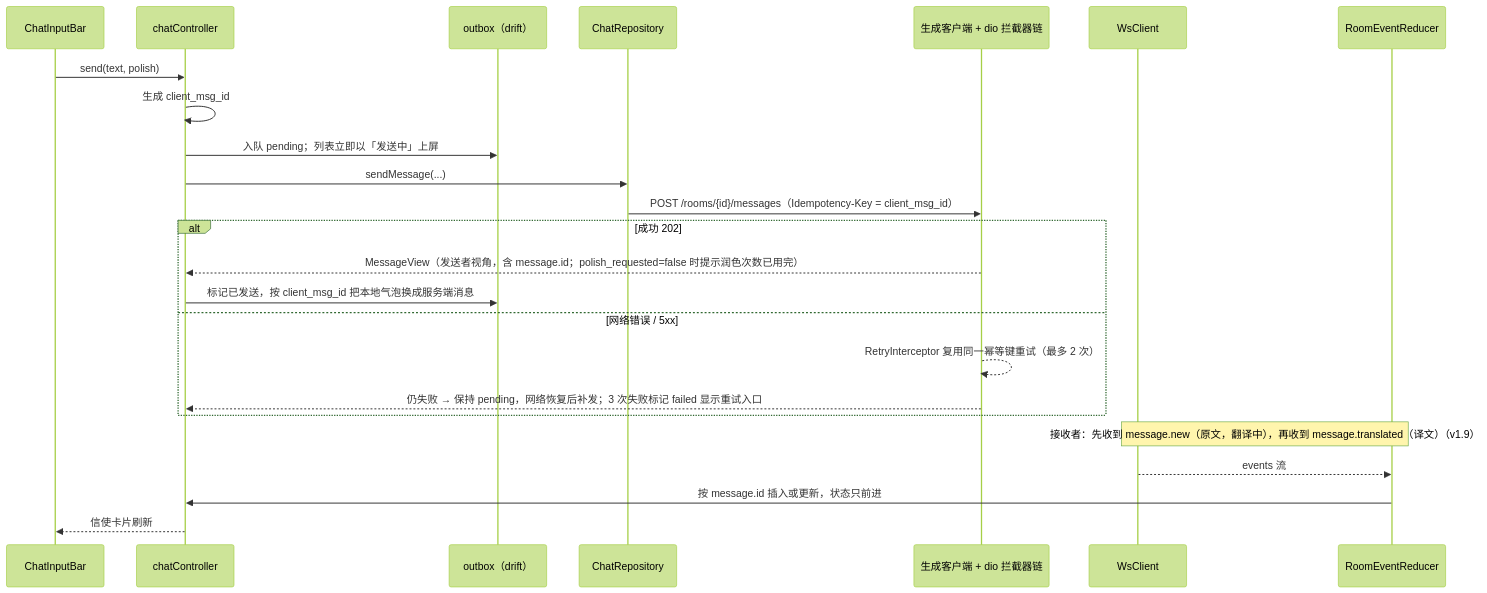
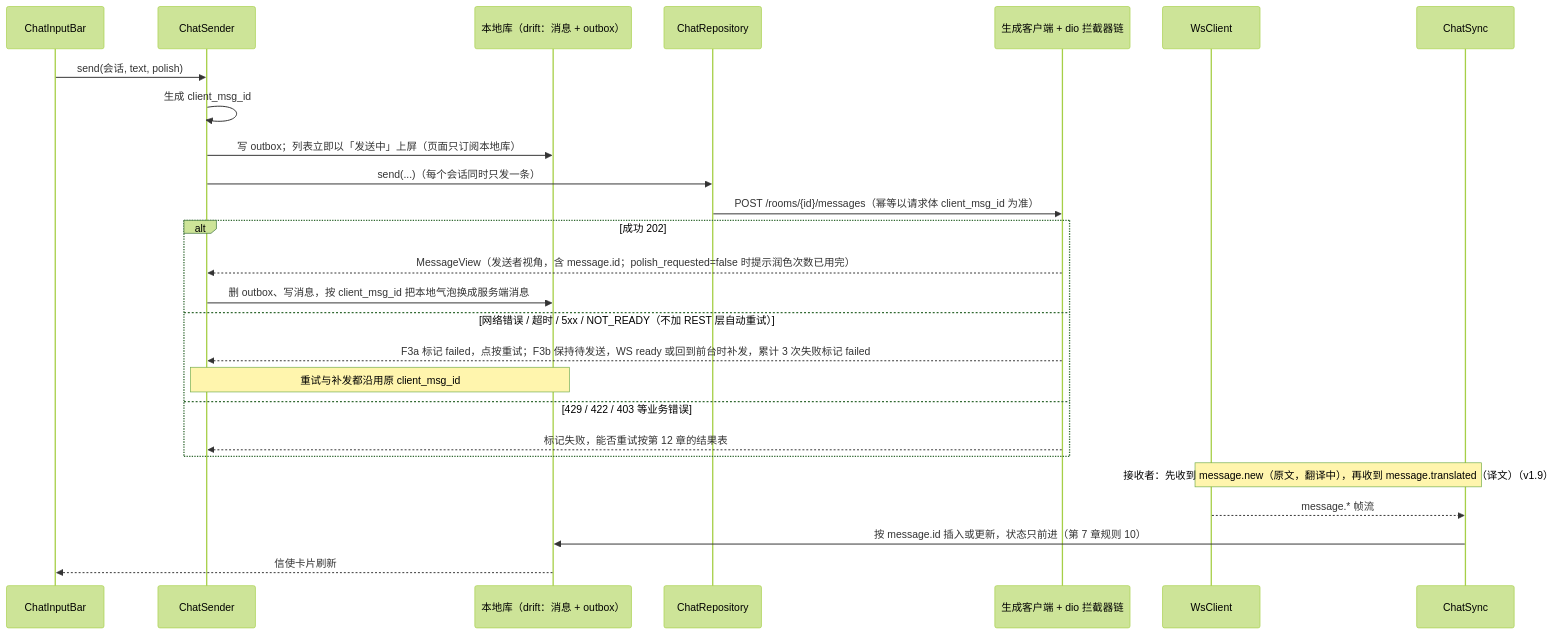
One commit to jinheng0301/PetBridge_frontend changed the fourth of 6 diagrams in 前端技术设计文档（TRD）：PetBridge（Flutter）.md. Above: the diagram before and after it, drawn with Mermaid (forest theme). The commit also changed other lines of this file and 5 other files, not shown here.

````diff
--- a/前端技术设计文档（TRD）：PetBridge（Flutter）.md
+++ b/前端技术设计文档（TRD）：PetBridge（Flutter）.md
@@ -231,27 +238,29 @@
 ```mermaid
 sequenceDiagram
     participant UI as ChatInputBar
-    participant C as chatController
-    participant O as outbox（drift）
+    participant C as ChatSender
+    participant O as 本地库（drift：消息 + outbox）
     participant Repo as ChatRepository
     participant API as 生成客户端 + dio 拦截器链
     participant WS as WsClient
-    participant Red as RoomEventReducer
+    participant Sync as ChatSync
 
-    UI->>C: send(text, polish)
+    UI->>C: send(会话, text, polish)
     C->>C: 生成 client_msg_id
-    C->>O: 入队 pending；列表立即以「发送中」上屏
-    C->>Repo: sendMessage(...)
-    Repo->>API: POST /rooms/{id}/messages（Idempotency-Key = client_msg_id）
+    C->>O: 写 outbox；列表立即以「发送中」上屏（页面只订阅本地库）
+    C->>Repo: send(...)（每个会话同时只发一条）
+    Repo->>API: POST /rooms/{id}/messages（幂等以请求体 client_msg_id 为准）
     alt 成功 202
         API-->>C: MessageView（发送者视角，含 message.id；polish_requested=false 时提示润色次数已用完）
-        C->>O: 标记已发送，按 client_msg_id 把本地气泡换成服务端消息
-    else 网络错误 / 5xx
-        API-->>API: RetryInterceptor 复用同一幂等键重试（最多 2 次）
-        API-->>C: 仍失败 → 保持 pending，网络恢复后补发；3 次失败标记 failed 显示重试入口
+        C->>O: 删 outbox、写消息，按 client_msg_id 把本地气泡换成服务端消息
+    else 网络错误 / 超时 / 5xx / NOT_READY（不加 REST 层自动重试）
+        API-->>C: F3a 标记 failed，点按重试；F3b 保持待发送，WS ready 或回到前台时补发，累计 3 次失败标记 failed
+        Note over C,O: 重试与补发都沿用原 client_msg_id
+    else 429 / 422 / 403 等业务错误
+        API-->>C: 标记失败，能否重试按第 12 章的结果表
     end
-    Note over WS,Red: 接收者：先收到 message.new（原文，翻译中），再收到 message.translated（译文）（v1.9）
-    WS-->>Red: events 流
-    Red->>C: 按 message.id 插入或更新，状态只前进
-    C-->>UI: 信使卡片刷新
+    Note over WS,Sync: 接收者：先收到 message.new（原文，翻译中），再收到 message.translated（译文）（v1.9）
+    WS-->>Sync: message.* 帧流
+    Sync->>O: 按 message.id 插入或更新，状态只前进（第 7 章规则 10）
+    O-->>UI: 信使卡片刷新
 ```
````
